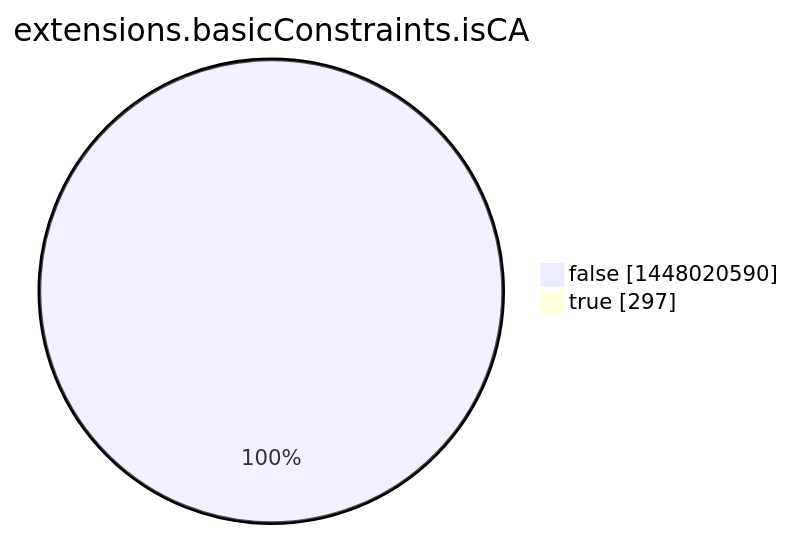
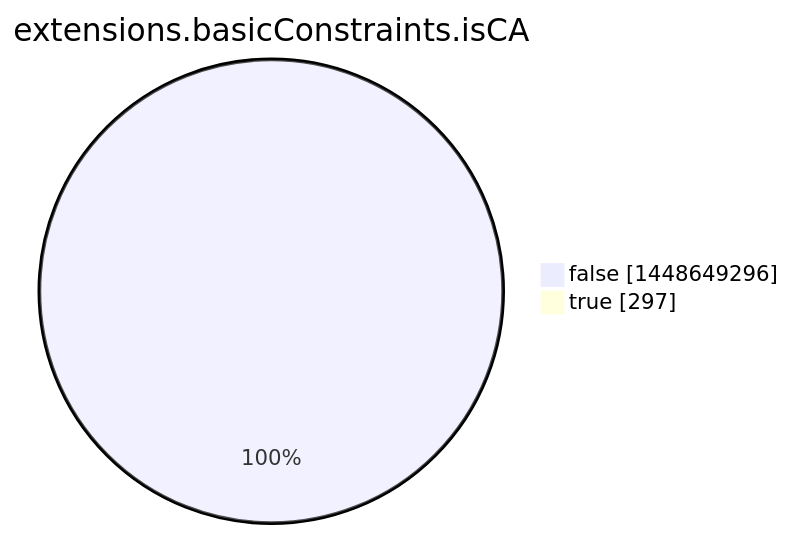
One commit to christiankrug/ctmonitor_visualization changed the eighth of 15 diagrams in argon2022/README.md. Above: the diagram before and after it, drawn with Mermaid. The commit also changed other lines of this file, not shown here.

````diff
--- a/argon2022/README.md
+++ b/argon2022/README.md
@@ -2760,6 +2760,6 @@
 ```mermaid
 pie showData
 title extensions.basicConstraints.isCA
-"false" :1448020590
+"false" :1448649296
 "true" :297
 ```
````
